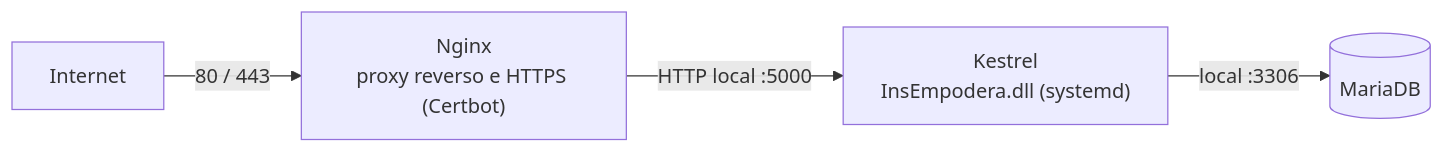
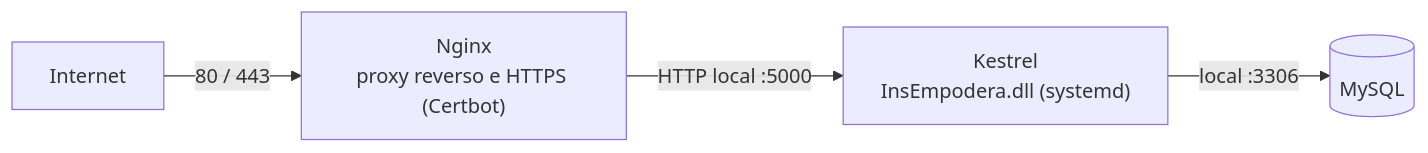
The second of 2 diagrams in docs/deploy.md (Oroboni/InsEmpodera), drawn with Mermaid before and after one commit. The commit also changed other lines of this file and 135 other files, not shown here.

````diff
--- a/docs/deploy.md
+++ b/docs/deploy.md
@@ -66,6 +68,6 @@
 ```mermaid
 flowchart LR
     I["Internet"] -->|"80 / 443"| N["Nginx<br/>proxy reverso e HTTPS (Certbot)"]
     N -->|"HTTP local :5000"| K["Kestrel<br/>InsEmpodera.dll (systemd)"]
-    K -->|"local :3306"| M[("MariaDB")]
+    K -->|"local :3306"| M[("MySQL")]
 ```
````
